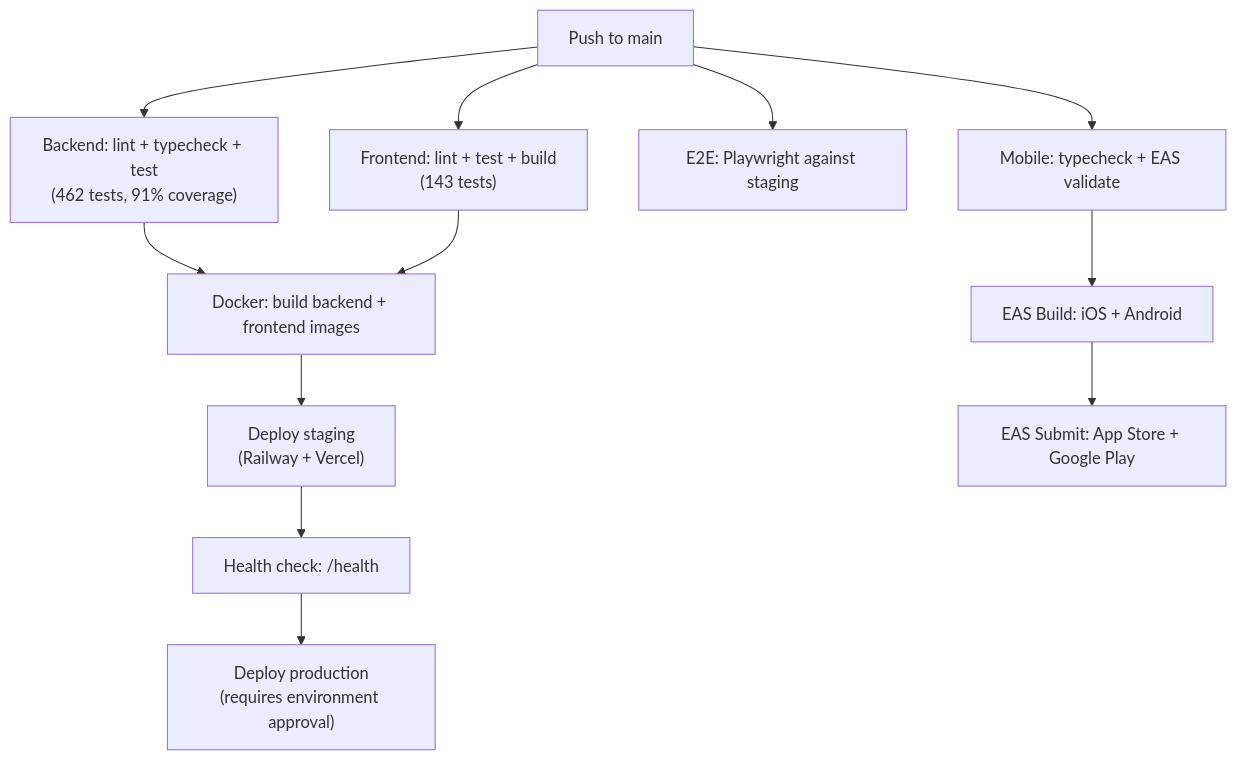
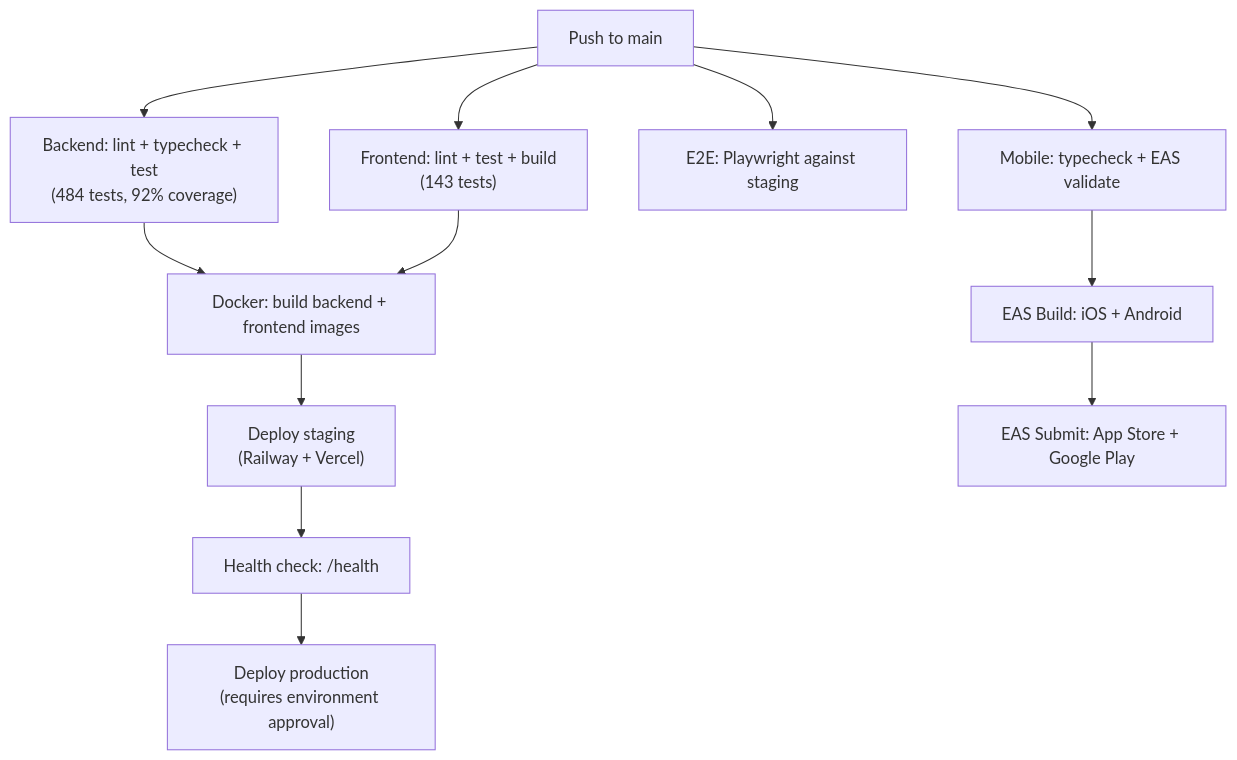
One commit to tylerm2407/Legalassistant changed the sixth of 6 diagrams in ARCHITECTURE.md. Above: the diagram before and after it, drawn with Mermaid. The commit also changed other lines of this file and 10 other files, not shown here.

````diff
--- a/ARCHITECTURE.md
+++ b/ARCHITECTURE.md
@@ -781,14 +826,14 @@
 ```mermaid
 flowchart TD
-    PUSH["Push to main"] --> LINT["Backend: lint + typecheck + test<br/>(462 tests, 91% coverage)"]
+    PUSH["Push to main"] --> LINT["Backend: lint + typecheck + test<br/>(484 tests, 92% coverage)"]
     PUSH --> WEB["Frontend: lint + test + build<br/>(143 tests)"]
     PUSH --> E2E["E2E: Playwright against staging"]
     PUSH --> MOBILE["Mobile: typecheck + EAS validate"]
     LINT --> DOCKER["Docker: build backend + frontend images"]
     WEB --> DOCKER
     DOCKER --> STAGING["Deploy staging<br/>(Railway + Vercel)"]
     STAGING --> HEALTH["Health check: /health"]
     HEALTH --> PROD["Deploy production<br/>(requires environment approval)"]
     MOBILE --> EAS["EAS Build: iOS + Android"]
     EAS --> SUBMIT["EAS Submit: App Store + Google Play"]
 ```
````
